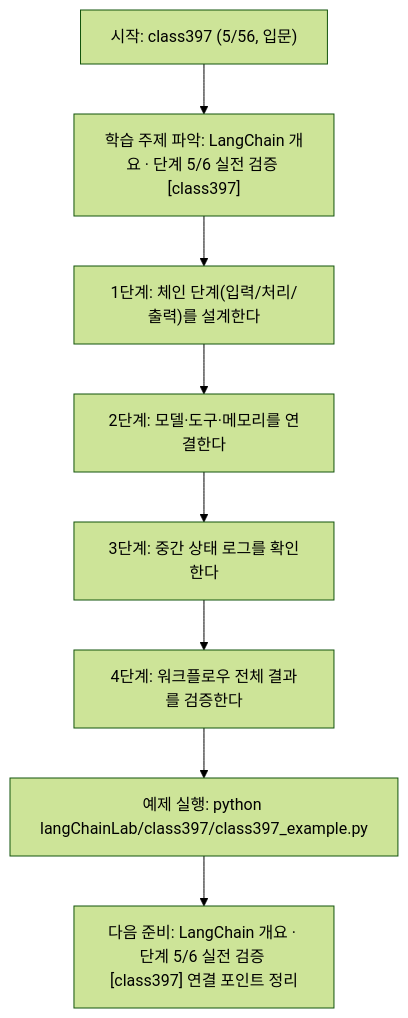
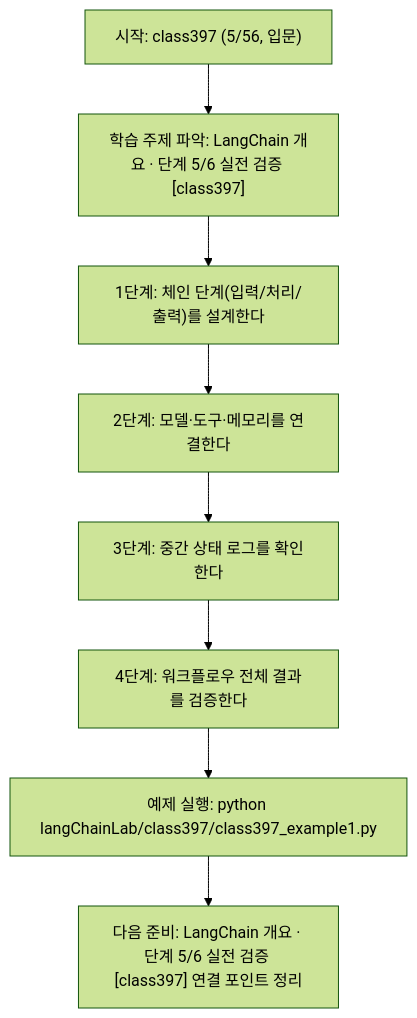
Before and after one commit to edumgt/Python-AI_Agent-Class: the diagram in langChainLab/class397/class397.md, drawn with Mermaid (forest theme). The commit also changed other lines of this file and 2959 other files, not shown here.

````diff
--- a/langChainLab/class397/class397.md
+++ b/langChainLab/class397/class397.md
@@ -109,18 +109,18 @@
 ```mermaid
 flowchart TD
 N1["시작: class397 (5/56, 입문)"]
 N2["학습 주제 파악: LangChain 개요 · 단계 5/6 실전 검증 [class397]"]
 N3["1단계: 체인 단계(입력/처리/출력)를 설계한다"]
 N4["2단계: 모델·도구·메모리를 연결한다"]
 N5["3단계: 중간 상태 로그를 확인한다"]
 N6["4단계: 워크플로우 전체 결과를 검증한다"]
-N7["예제 실행: python langChainLab/class397/class397_example.py"]
+N7["예제 실행: python langChainLab/class397/class397_example1.py"]
 N8["다음 준비: LangChain 개요 · 단계 5/6 실전 검증 [class397] 연결 포인트 정리"]
 N1 --> N2
 N2 --> N3
 N3 --> N4
 N4 --> N5
 N5 --> N6
 N6 --> N7
 N7 --> N8
 ```
````
